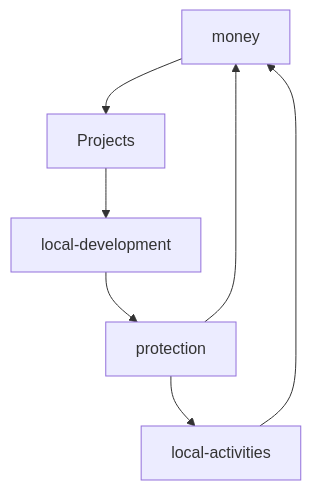
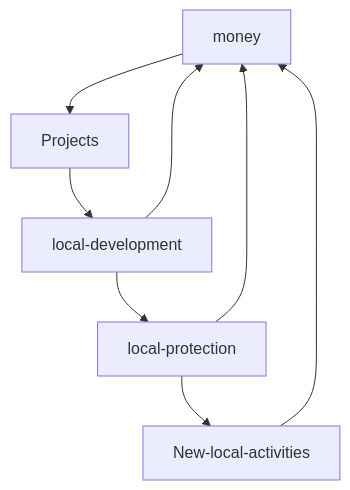
The diagram in README.md (franckdun/franckdun), drawn with Mermaid before and after one commit.

````diff
--- a/README.md
+++ b/README.md
@@ -109,9 +109,10 @@
 ```mermaid
   graph TD;
        money-->Projects;
        Projects-->local-development;
-       local-development-->protection;
-       protection-->local-activities;
-       protection-->money;
-       local-activities-->money;
+       local-development-->local-protection;
+       local-development-->money;
+       local-protection-->New-local-activities;
+       local-protection-->money;
+       New-local-activities-->money;
 ```
````
